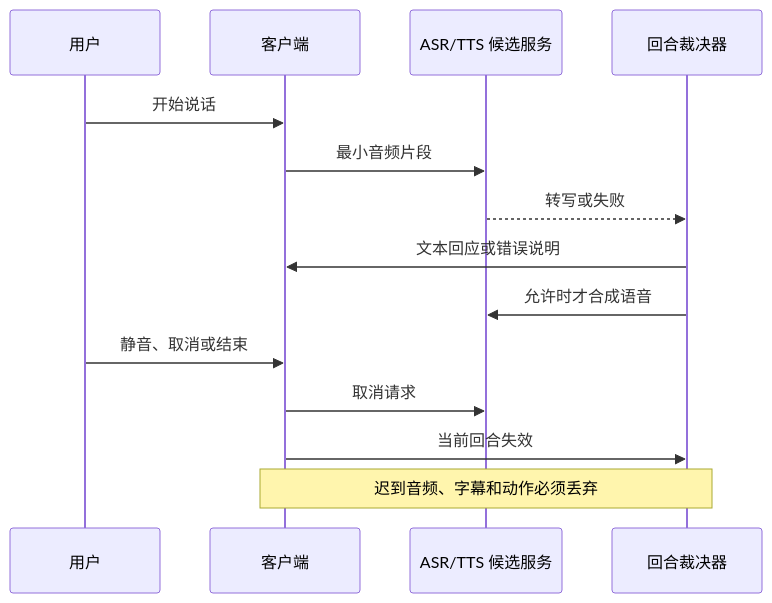
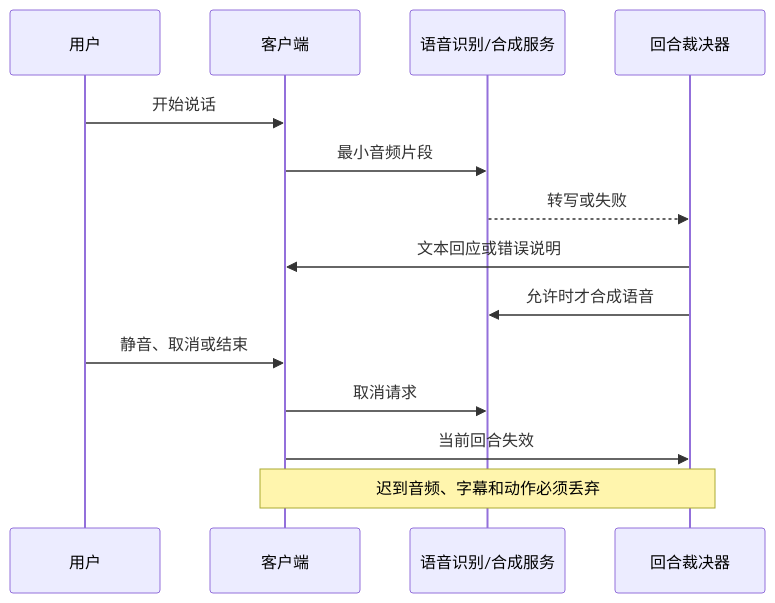
Before and after one commit to weiz98417-crypto/qiuqiu: the seventh of 16 diagrams in docs/球球全套资料/4.产品设计/44-关键技术POC与方案选型.md, drawn with Mermaid. The commit also changed other lines of this file and 49 other files, not shown here.

````diff
--- a/docs/球球全套资料/4.产品设计/44-关键技术POC与方案选型.md
+++ b/docs/球球全套资料/4.产品设计/44-关键技术POC与方案选型.md
@@ -112,16 +113,16 @@
 ```mermaid
 sequenceDiagram
     participant U as 用户
     participant C as 客户端
-    participant A as ASR/TTS 候选服务
+    participant A as 语音识别/合成服务
     participant R as 回合裁决器
     U->>C: 开始说话
     C->>A: 最小音频片段
     A-->>R: 转写或失败
     R->>C: 文本回应或错误说明
     R->>A: 允许时才合成语音
     U->>C: 静音、取消或结束
     C->>A: 取消请求
     C->>R: 当前回合失效
     Note over C,R: 迟到音频、字幕和动作必须丢弃
 ```
````
